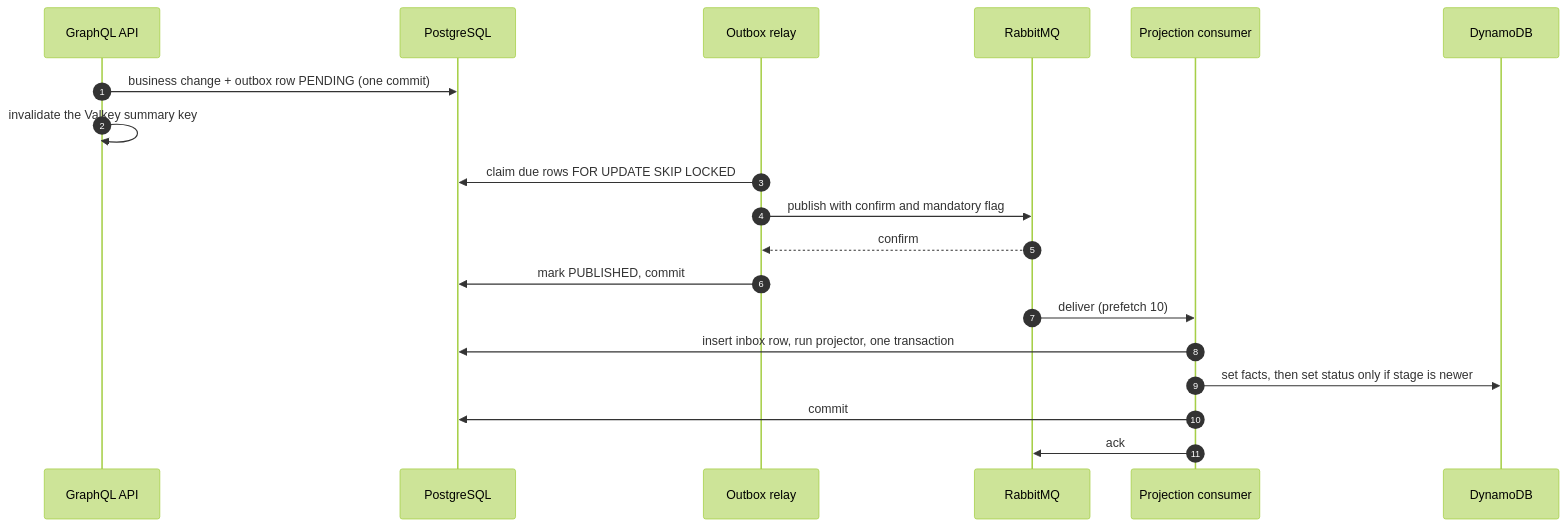
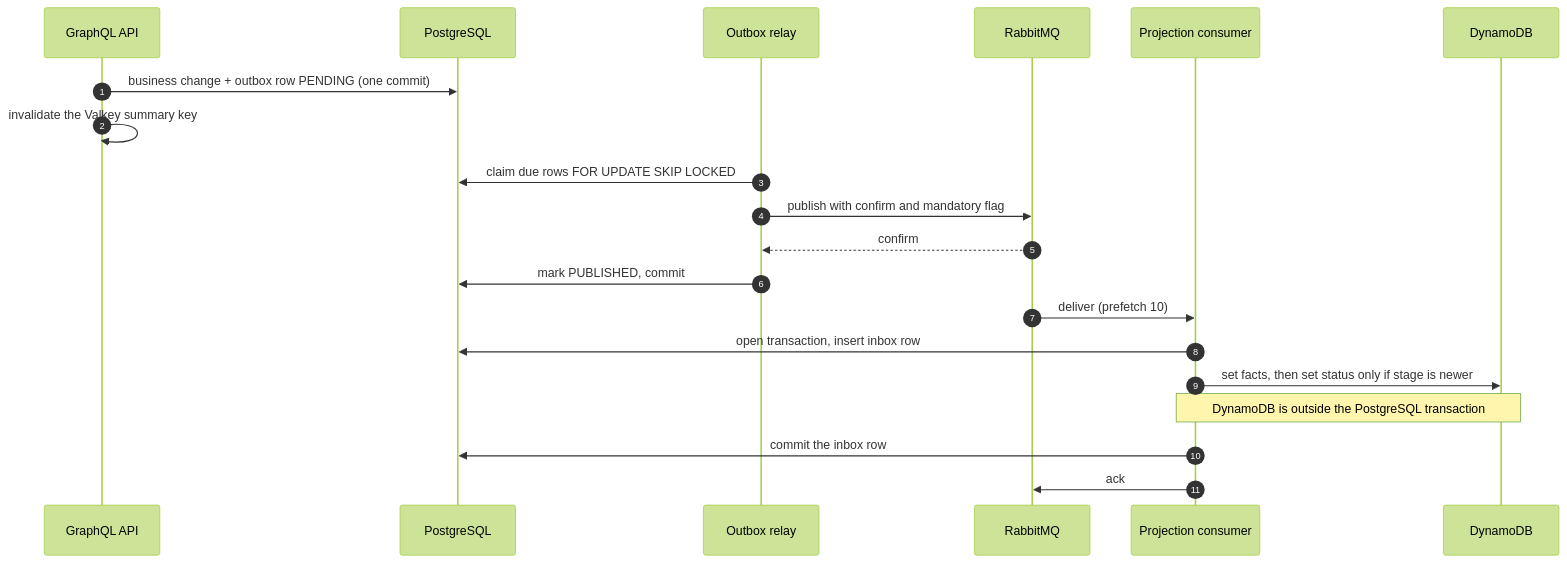
The ninth of 14 diagrams in docs/system-workflow.md (Stefano-Mazziotta/warehouse-fulfillment-lab), drawn with Mermaid (forest theme) before and after one commit. The commit also changed other lines of this file and 2 other files, not shown here.

Commit message:
docs(workflow): separate the inbox commit from the DynamoDB write and name the real projection recovery

````diff
--- a/docs/system-workflow.md
+++ b/docs/system-workflow.md
@@ -350,22 +352,23 @@
 ```mermaid
 sequenceDiagram
   autonumber
   participant API as GraphQL API
   participant PG as PostgreSQL
   participant R as Outbox relay
   participant MQ as RabbitMQ
   participant C as Projection consumer
   participant D as DynamoDB
 
   API->>PG: business change + outbox row PENDING (one commit)
   API->>API: invalidate the Valkey summary key
   R->>PG: claim due rows FOR UPDATE SKIP LOCKED
   R->>MQ: publish with confirm and mandatory flag
   MQ-->>R: confirm
   R->>PG: mark PUBLISHED, commit
   MQ->>C: deliver (prefetch 10)
-  C->>PG: insert inbox row, run projector, one transaction
+  C->>PG: open transaction, insert inbox row
   C->>D: set facts, then set status only if stage is newer
-  C->>PG: commit
+  Note over C,D: DynamoDB is outside the PostgreSQL transaction
+  C->>PG: commit the inbox row
   C->>MQ: ack
 ```
````
